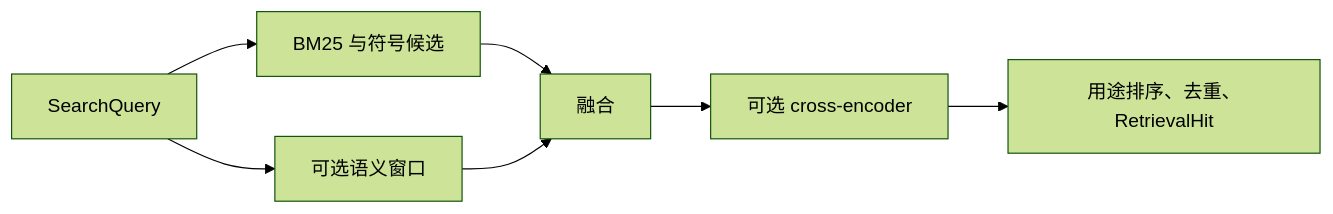
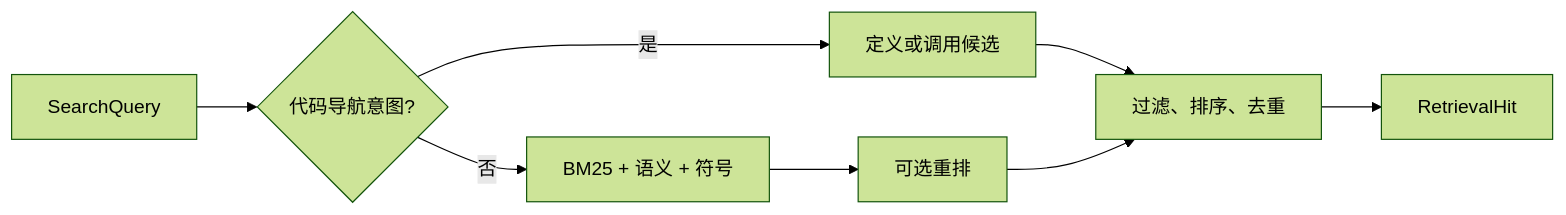
The diagram in .repo-review/knowledge/articles/0f4c98f99ec08ee9f67bc4c9abbbec7193e9e0c6a38384e2306d9c1cf84a9f03.md (lejunyang/omem), drawn with Mermaid (forest theme) before and after one commit. The commit also changed other lines of this file and 18 other files, not shown here.

Commit message:
docs: refresh retrieval knowledge and record current search quality

````diff
--- a/.repo-review/knowledge/articles/0f4c98f99ec08ee9f67bc4c9abbbec7193e9e0c6a38384e2306d9c1cf84a9f03.md
+++ b/.repo-review/knowledge/articles/0f4c98f99ec08ee9f67bc4c9abbbec7193e9e0c6a38384e2306d9c1cf84a9f03.md
@@ -19,9 +21,10 @@
 ```mermaid
 flowchart LR
-  Q[SearchQuery] --> L[BM25 与符号候选]
-  Q --> S[可选语义窗口]
-  L --> F[融合]
-  S --> F
-  F --> R[可选 cross-encoder]
-  R --> O[用途排序、去重、RetrievalHit]
+  Q[SearchQuery] --> N{代码导航意图?}
+  N -->|是| C[定义或调用候选]
+  N -->|否| H[BM25 + 语义 + 符号]
+  H --> R[可选重排]
+  C --> F[过滤、排序、去重]
+  R --> F
+  F --> O[RetrievalHit]
 ```
````
